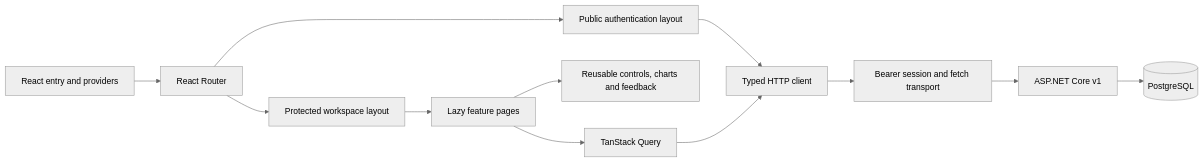
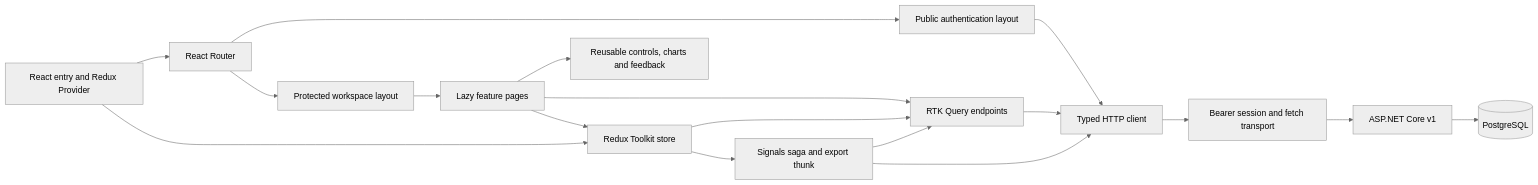
The diagram in docs/frontend/architecture.md (arteomponomarev/FOCUS-ASSISTANT), drawn with Mermaid (neutral theme) before and after one commit. The commit also changed other lines of this file and 40 other files, not shown here.

Commit message:
refactor: migrate frontend state to Redux Toolkit

````diff
--- a/docs/frontend/architecture.md
+++ b/docs/frontend/architecture.md
@@ -5,14 +5,20 @@
 ```mermaid
 flowchart LR
-    Entry[React entry and providers] --> Router[React Router]
+    Entry[React entry and Redux Provider] --> Router[React Router]
+    Entry --> Store[Redux Toolkit store]
     Router --> Public[Public authentication layout]
     Router --> Workspace[Protected workspace layout]
     Workspace --> Features[Lazy feature pages]
     Features --> Shared[Reusable controls, charts and feedback]
-    Features --> Queries[TanStack Query]
+    Features --> Queries[RTK Query endpoints]
+    Features --> Store
+    Store --> Queries
+    Store --> Effects[Signals saga and export thunk]
+    Effects --> Queries
+    Effects --> Client
     Public --> Client
     Queries --> Client[Typed HTTP client]
     Client --> Transport[Bearer session and fetch transport]
     Transport --> API[ASP.NET Core v1]
     API --> DB[(PostgreSQL)]
 ```
````
